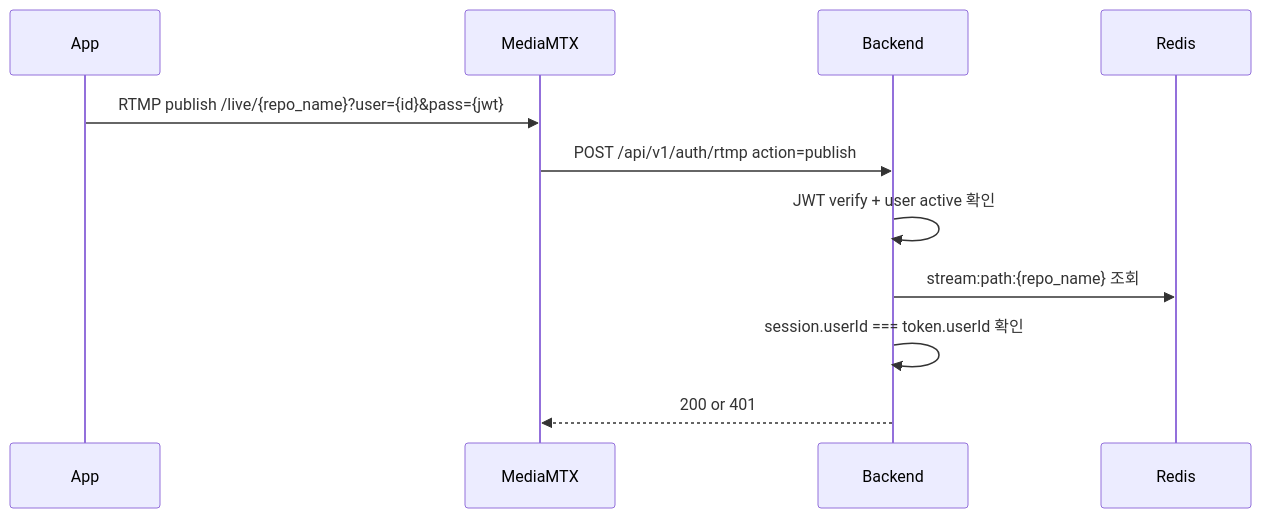
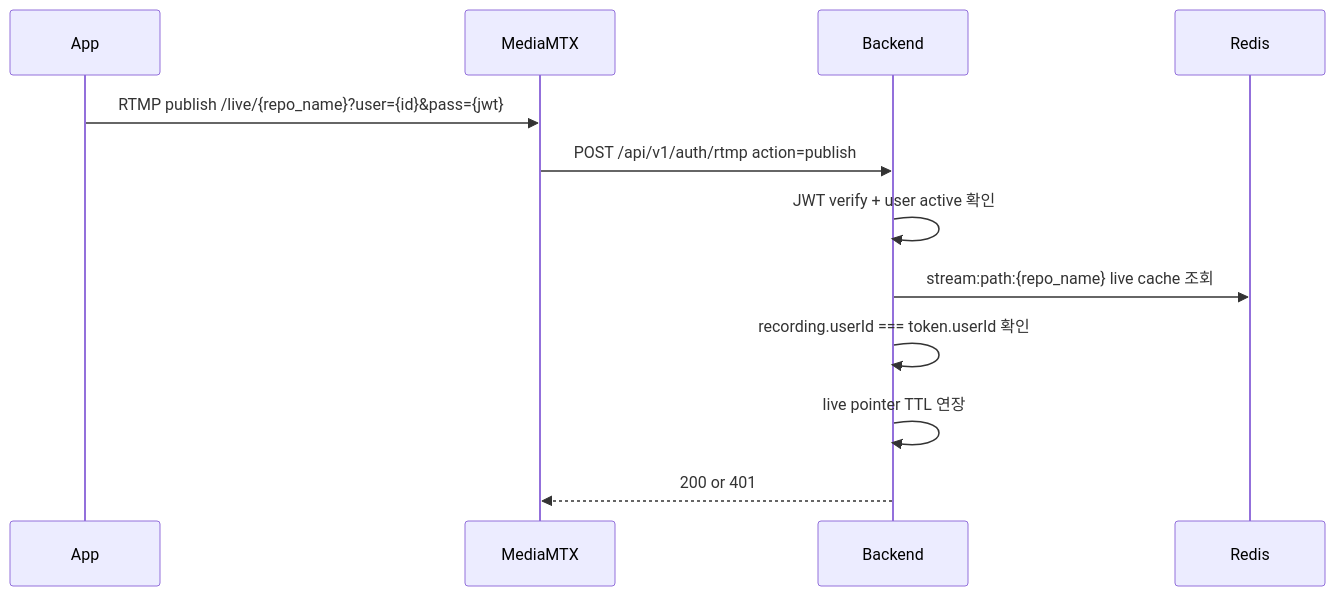
The third of 4 diagrams in docs/08. project_authentication.md (ego-flow/ego-flow-server), drawn with Mermaid before and after one commit. The commit also changed other lines of this file and 39 other files, not shown here.

````diff
--- a/docs/08. project_authentication.md
+++ b/docs/08. project_authentication.md
@@ -133,14 +133,15 @@
 ```mermaid
 sequenceDiagram
     participant App
     participant MTX as MediaMTX
     participant BE as Backend
     participant Redis
 
     App->>MTX: RTMP publish /live/{repo_name}?user={id}&pass={jwt}
     MTX->>BE: POST /api/v1/auth/rtmp action=publish
     BE->>BE: JWT verify + user active 확인
-    BE->>Redis: stream:path:{repo_name} 조회
-    BE->>BE: session.userId === token.userId 확인
+    BE->>Redis: stream:path:{repo_name} live cache 조회
+    BE->>BE: recording.userId === token.userId 확인
+    BE->>BE: live pointer TTL 연장
     BE-->>MTX: 200 or 401
 ```
````
